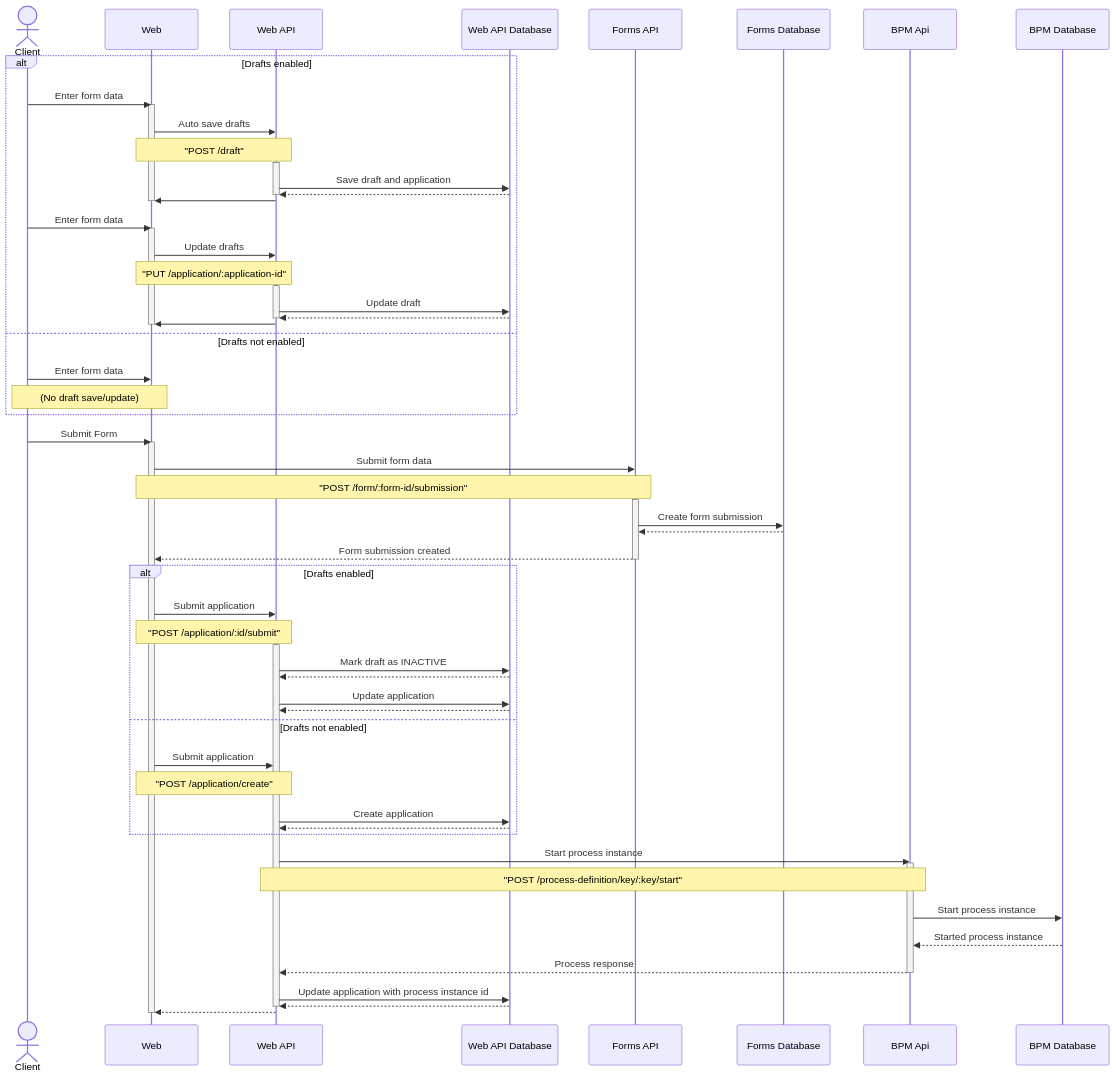
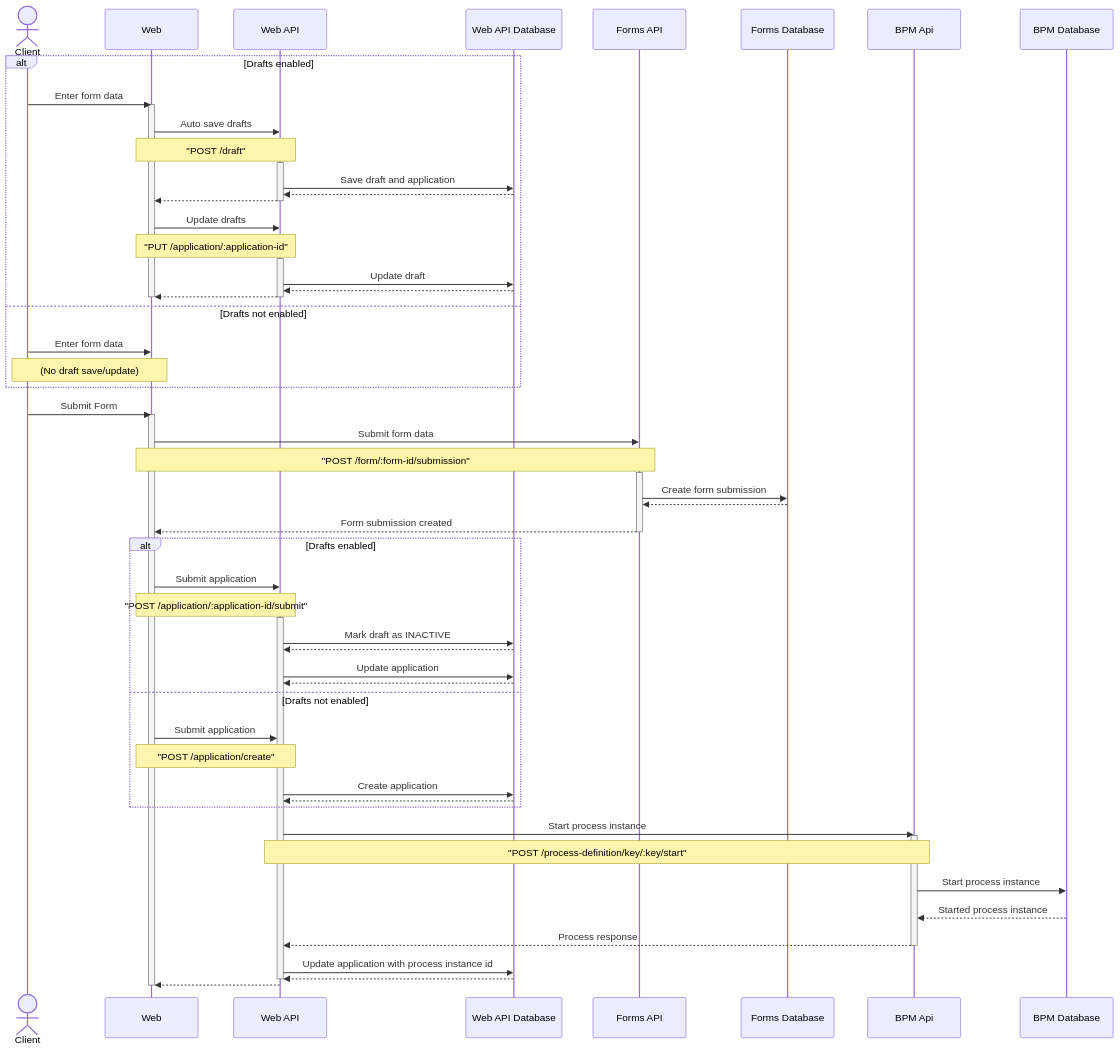
The diagram in docs/sequence-diagrams/client-flow.md (AOT-Technologies/forms-flow-ai), drawn with Mermaid before and after one commit. The commit also changed 1 other file, not shown here.

Commit message:
FWF-5357: [refactor] Update sequence diagrams based on PR agent suggestions

````diff
--- a/docs/sequence-diagrams/client-flow.md
+++ b/docs/sequence-diagrams/client-flow.md
@@ -5,80 +5,77 @@
 ```mermaid
 sequenceDiagram
     actor Client as Client
     participant web as Web
     participant web-api as Web API
     participant web-api-db as Web API Database
     participant forms-api as Forms API
     participant forms-db as Forms Database
     participant bpm-api as BPM Api
     participant bpm-db as BPM Database
 
     alt Drafts enabled
         Client ->> web: Enter form data
         activate web
         web ->> web-api: Auto save drafts
         Note over web,web-api: "POST /draft"
         activate web-api
         web-api ->> web-api-db: Save draft and application
-        web-api-db -->> web-api: 
+        web-api-db -->> web-api:
+        web-api -->> web:
         deactivate web-api
-        web-api ->> web: 
-        deactivate web
 
-        Client ->> web: Enter form data
-        activate web
         web ->> web-api: Update drafts
         Note over web,web-api: "PUT /application/:application-id"
         activate web-api
         web-api ->> web-api-db: Update draft
-        web-api-db -->> web-api: 
+        web-api-db -->> web-api:
+        web-api -->> web:
         deactivate web-api
-        web-api ->> web: 
         deactivate web
     else Drafts not enabled
         Client ->> web: Enter form data
         Note over Client,web: (No draft save/update)
     end
 
     Client ->> web: Submit Form
     activate web
     web ->> forms-api: Submit form data
     Note over web,forms-api: "POST /form/:form-id/submission"
     activate forms-api
     forms-api->>forms-db: Create form submission
     forms-db -->> forms-api: 
     forms-api -->> web: Form submission created
     deactivate forms-api
 
     alt Drafts enabled
         web ->> web-api: Submit application
-        Note over web,web-api: "POST /application/:id/submit"
+        Note over web,web-api: "POST /application/:application-id/submit"
         activate web-api
         web-api->>web-api-db: Mark draft as INACTIVE
         web-api-db -->> web-api: 
         web-api->>web-api-db: Update application
         web-api-db -->> web-api: 
     else Drafts not enabled
         web ->> web-api: Submit application
         Note over web,web-api: "POST /application/create"
         web-api->>web-api-db: Create application
         web-api-db -->> web-api: 
     end
 
     
 
     web-api->>bpm-api: Start process instance
     activate bpm-api
     Note over web-api,bpm-api: "POST /process-definition/key/:key/start"
     bpm-api ->> bpm-db: Start process instance
     bpm-db -->> bpm-api: Started process instance
     bpm-api -->> web-api: Process response
     deactivate bpm-api
     web-api ->> web-api-db: Update application with process instance id
     web-api-db -->> web-api: 
     deactivate web-api
     web-api -->> web: 
     deactivate web
 
 
 ```
````
